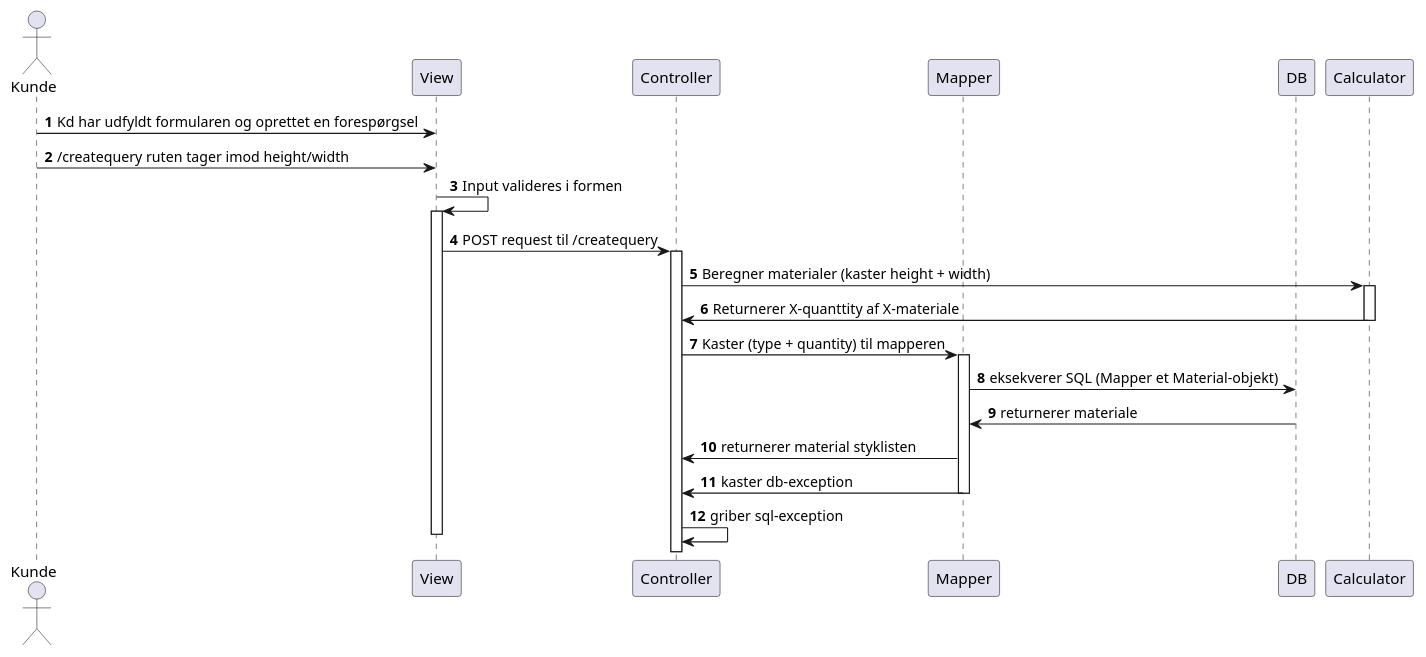
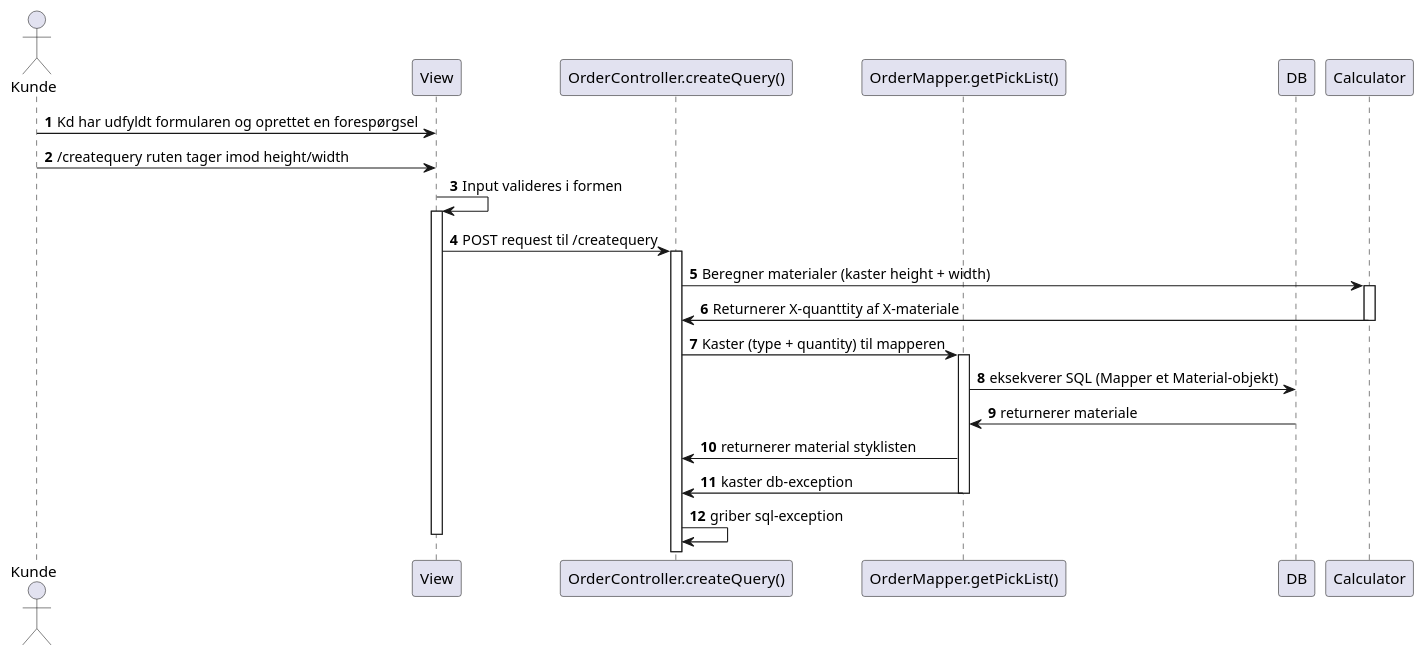
The diagram in docs/Sequence diagrams/us3-beregn-stykliste.puml (mridrisisci/fog-projekt), drawn with PlantUML before and after one commit. The commit also changed 2 other files, not shown here.

Commit message:
opdateret metodenavne + klassenavne for diagrammerne v1-2 sekv. us-3

```diff
--- a/docs/Sequence diagrams/us3-beregn-stykliste.puml
+++ b/docs/Sequence diagrams/us3-beregn-stykliste.puml
@@ -1,33 +1,33 @@
 @startuml
 'https://plantuml.com/sequence-diagram
 
 autonumber
 
 Actor Kunde
 participant View as V
-participant Controller as C
-participant Mapper as M
+participant "OrderController.createQuery()" as C
+participant "OrderMapper.getPickList()" as M
 participant DB
 participant Calculator
 
 Kunde -> V: Kd har udfyldt formularen og oprettet en forespørgsel
 Kunde -> V: /createquery ruten tager imod height/width
 V -> V: Input valideres i formen
 activate V
 V -> C: POST request til /createquery
 activate C
 C -> Calculator: Beregner materialer (kaster height + width)
 activate Calculator
 Calculator -> C: Returnerer X-quanttity af X-materiale
 deactivate Calculator
 C -> M: Kaster (type + quantity) til mapperen
 activate M
 M -> DB: eksekverer SQL (Mapper et Material-objekt)
 DB -> M: returnerer materiale
 M -> C: returnerer material styklisten
 M -> C: kaster db-exception
 deactivate M
 C -> C: griber sql-exception
 
 deactivate V
 @enduml
```
